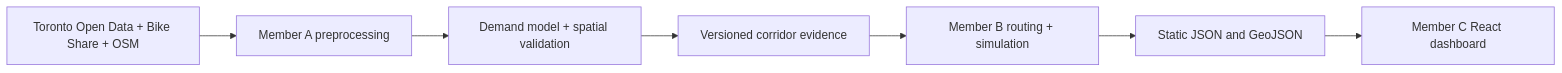
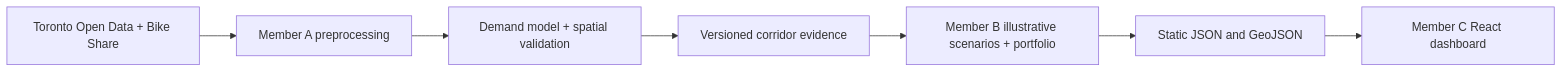
One commit to wajeeh-alam/VeloCity changed the diagram in README.md. Above: the diagram before and after it, drawn with Mermaid. The commit also changed other lines of this file and 10 other files, not shown here.

````diff
--- a/README.md
+++ b/README.md
@@ -37,9 +37,9 @@
 ```mermaid
 flowchart LR
-  A[Toronto Open Data + Bike Share + OSM] --> B[Member A preprocessing]
+  A[Toronto Open Data + Bike Share] --> B[Member A preprocessing]
   B --> C[Demand model + spatial validation]
   C --> D[Versioned corridor evidence]
-  D --> E[Member B routing + simulation]
+  D --> E[Member B illustrative scenarios + portfolio]
   E --> F[Static JSON and GeoJSON]
   F --> G[Member C React dashboard]
 ```
````
